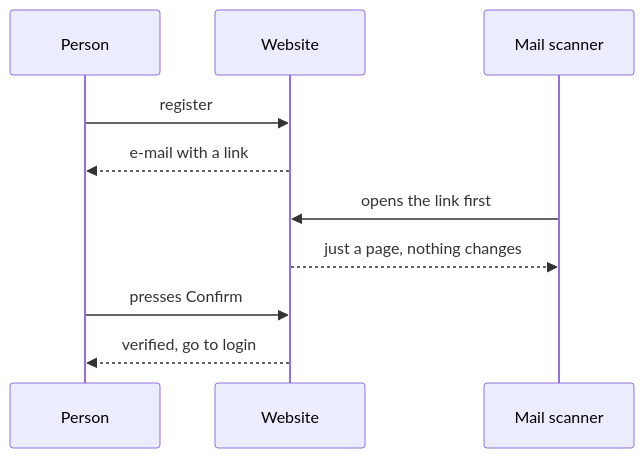
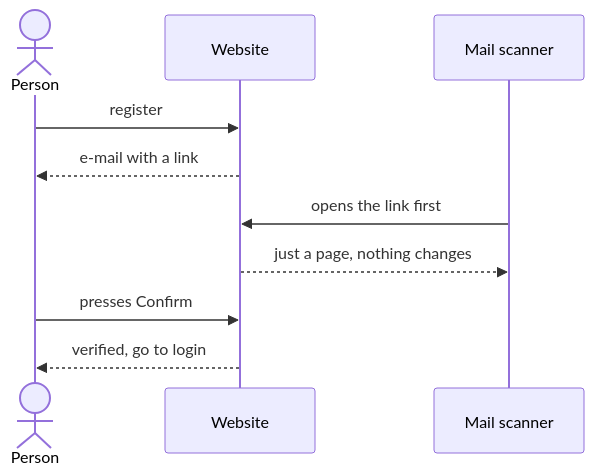
One commit to McMaster-Battery-Research-Group/battery-soc-benchmark changed the seventh of 11 diagrams in docs/walkthrough/ALL-IN-ONE.md. Above: the diagram before and after it, drawn with Mermaid. The commit also changed other lines of this file and 46 other files, not shown here.

````diff
--- a/docs/walkthrough/ALL-IN-ONE.md
+++ b/docs/walkthrough/ALL-IN-ONE.md
@@ -334,12 +372,12 @@
 ```mermaid
 sequenceDiagram
-    participant P as Person
+    actor P as Person
     participant W as Website
     participant M as Mail scanner
     P->>W: register
     W-->>P: e-mail with a link
     M->>W: opens the link first
     W-->>M: just a page, nothing changes
     P->>W: presses Confirm
     W-->>P: verified, go to login
 ```
````
